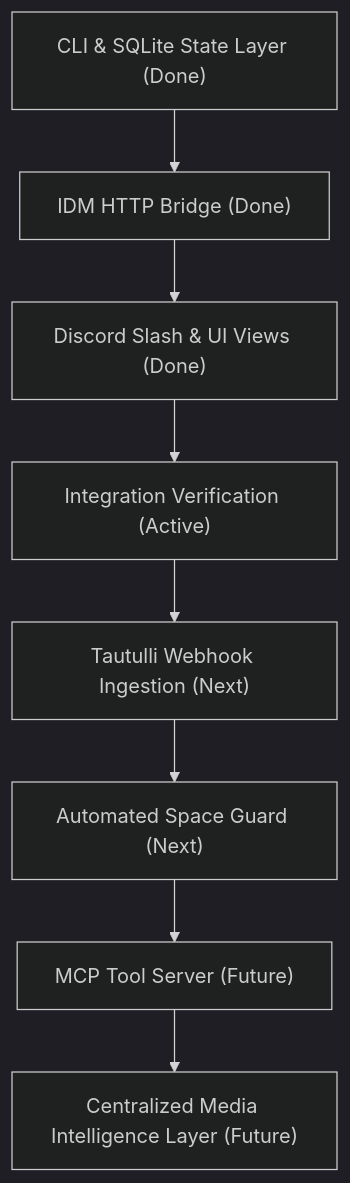
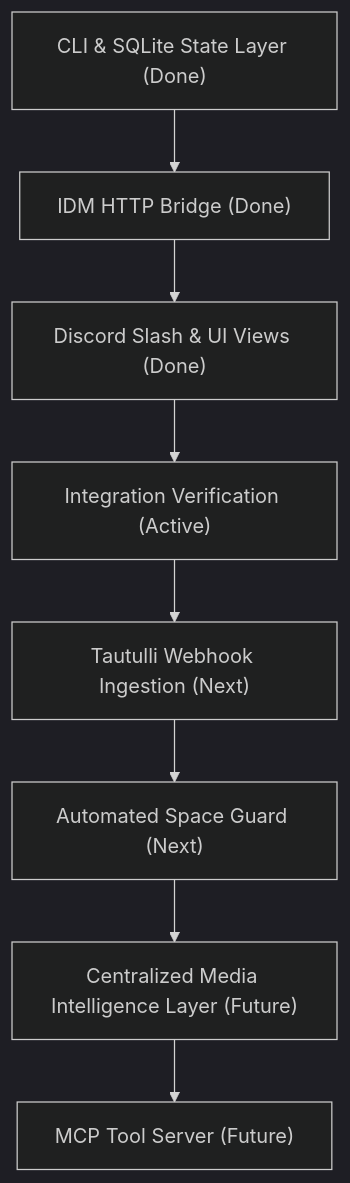
The diagram in docs/adapter-roadmap.md (nanobot001/media-bot), drawn with Mermaid (dark theme) before and after one commit. The commit also changed other lines of this file and 18 other files, not shown here.

````diff
--- a/docs/adapter-roadmap.md
+++ b/docs/adapter-roadmap.md
@@ -9,10 +9,10 @@
 ```mermaid
 graph TD
     A["CLI & SQLite State Layer (Done)"] --> B["IDM HTTP Bridge (Done)"]
     B --> C["Discord Slash & UI Views (Done)"]
     C --> D["Integration Verification (Active)"]
     D --> E["Tautulli Webhook Ingestion (Next)"]
     E --> F["Automated Space Guard (Next)"]
-    F --> G["MCP Tool Server (Future)"]
-    G --> H["Centralized Media Intelligence Layer (Future)"]
+    F --> G["Centralized Media Intelligence Layer (Future)"]
+    G --> H["MCP Tool Server (Future)"]
 ```
````
